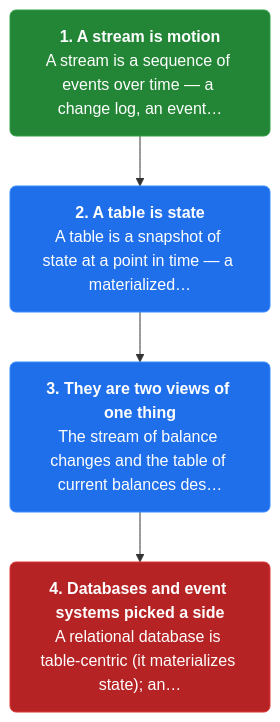
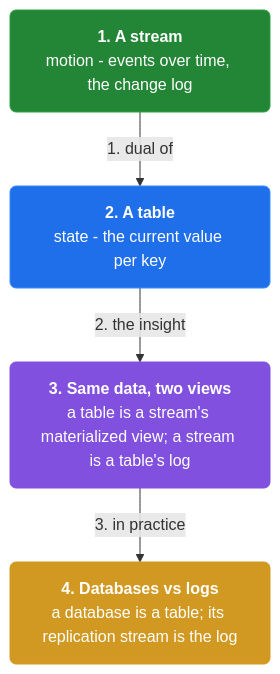
The first of 19 diagrams in docs/ch06-streams-and-tables.md (vinayakuber/streaming-systems-study-guide), drawn with Mermaid before and after one commit. The commit also changed other lines of this file and 12 other files, not shown here.

First line of the commit message:
Author per-section and per-card mermaid diagrams (110 diagrams)

````diff
--- a/docs/ch06-streams-and-tables.md
+++ b/docs/ch06-streams-and-tables.md
@@ -13,13 +13,15 @@
 ```mermaid
 flowchart TD
-  classDef step fill:#1f6feb,color:#ffffff,stroke:#388bfd,stroke-width:1px,rx:6
+  classDef step fill:#1f6feb,color:#ffffff,stroke:#388bfd,rx:6
+  classDef core fill:#8250df,color:#ffffff,stroke:#8250df,rx:6
+  classDef warn fill:#d29922,color:#ffffff,stroke:#d29922,rx:6
   classDef start fill:#238636,color:#ffffff,stroke:#2ea043,rx:6
   classDef stop fill:#b62324,color:#ffffff,stroke:#da3633,rx:6
-  s0n0["<b>1. A stream is motion</b><br/>A stream is a sequence of events over time — a change log, an event…"]:::start
-  s0n1["<b>2. A table is state</b><br/>A table is a snapshot of state at a point in time — a materialized…"]:::step
-  s0n2["<b>3. They are two views of one thing</b><br/>The stream of balance changes and the table of current balances des…"]:::step
-  s0n3["<b>4. Databases and event systems picked a side</b><br/>A relational database is table-centric (it materializes state); an…"]:::stop
-  s0n0 --> s0n1
-  s0n1 --> s0n2
-  s0n2 --> s0n3
+  n0["<b>1. A stream</b><br/>motion - events over time, the change log"]:::start
+  n1["<b>2. A table</b><br/>state - the current value per key"]:::step
+  n2["<b>3. Same data, two views</b><br/>a table is a stream's materialized view; a stream is a table's log"]:::core
+  n3["<b>4. Databases vs logs</b><br/>a database is a table; its replication stream is the log"]:::warn
+  n0 -->|"1. dual of"| n1
+  n1 -->|"2. the insight"| n2
+  n2 -->|"3. in practice"| n3
 ```
````
